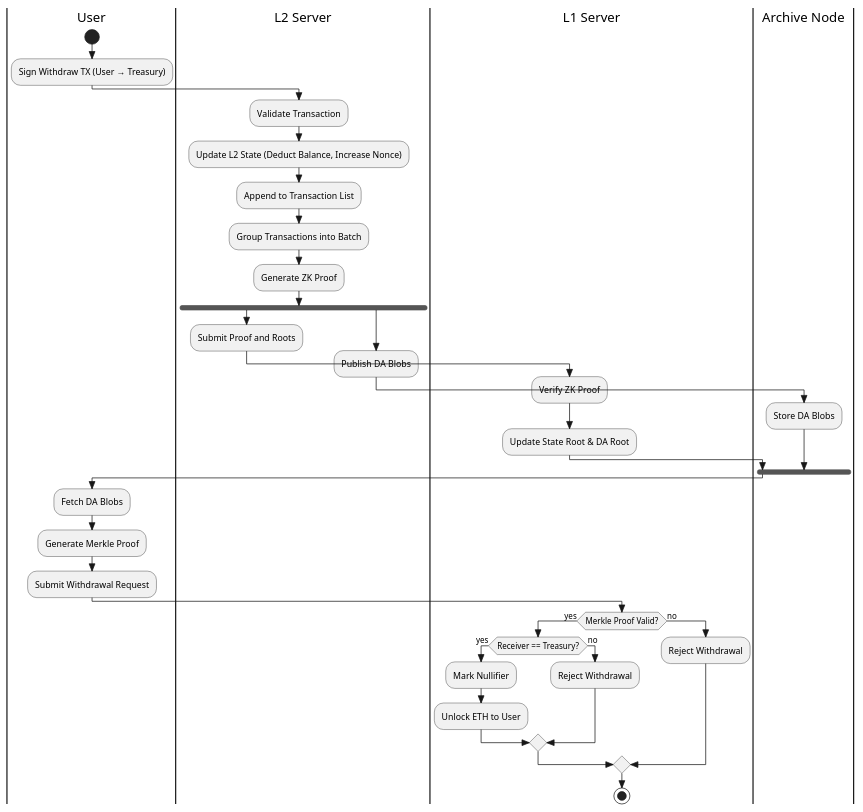
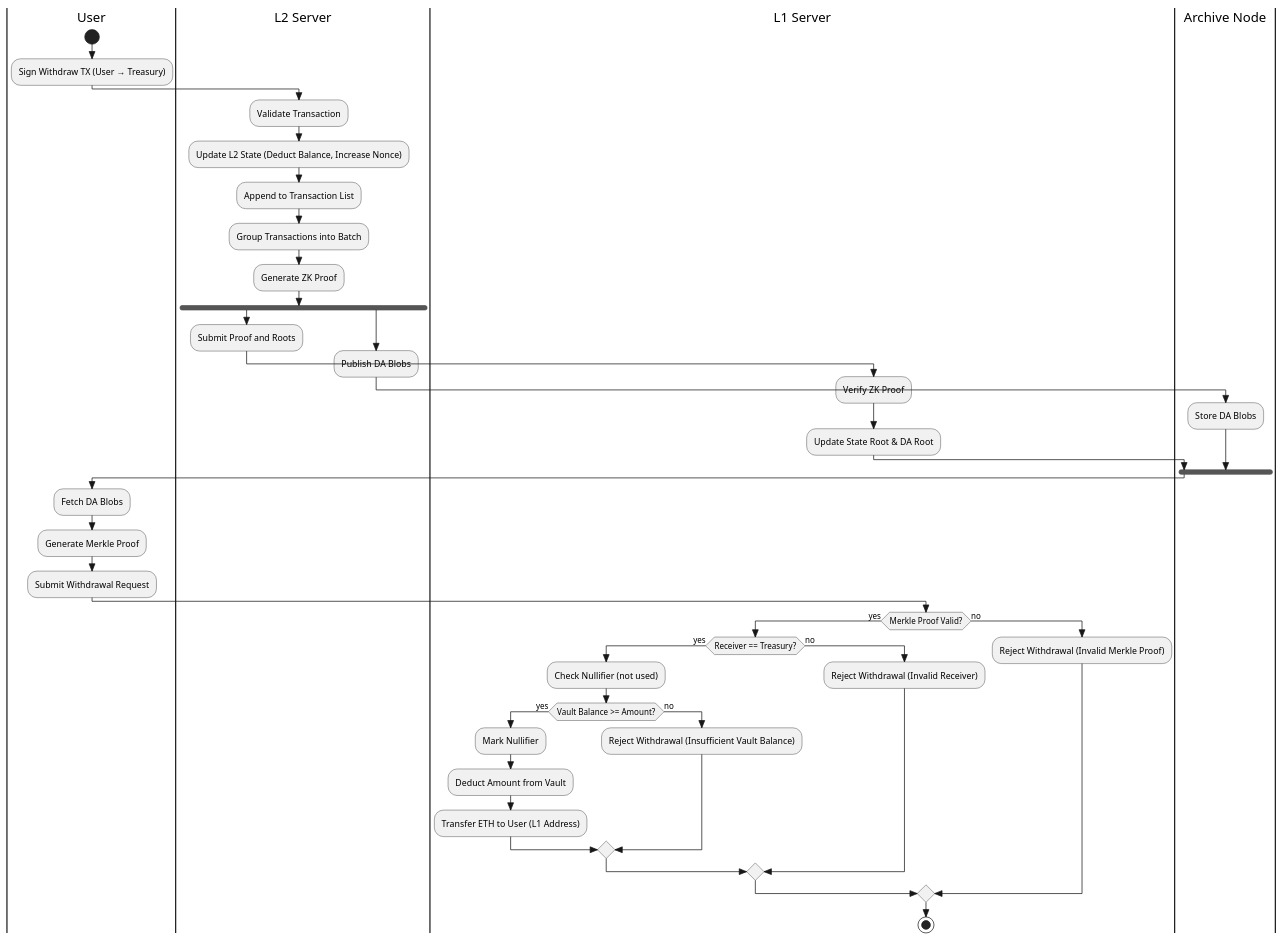
One commit to Mtdung290504/ZK-rollup-simulation changed the diagram in .des/activity/withdraw.wsd. Above: the diagram before and after it, drawn with PlantUML. The commit also changed 5 other files, not shown here.

Commit message:
- Modifying the sequencer mechanism: using Dense Merkle Tree. - Detailed design diagrams.

```diff
--- a/.des/activity/withdraw.wsd
+++ b/.des/activity/withdraw.wsd
@@ -1,48 +1,59 @@
 @startuml "Withdraw Flow (L2 -> L1)"
 skinparam style strictuml
 
 |User|
 start
 :Sign Withdraw TX (User → Treasury);
 
 |L2 Server|
 :Validate Transaction;
 :Update L2 State (Deduct Balance, Increase Nonce);
 :Append to Transaction List;
 
 |L2 Server|
 :Group Transactions into Batch;
 :Generate ZK Proof;
 
 fork
   |L2 Server|
   :Submit Proof and Roots;
   |L1 Server|
   :Verify ZK Proof;
   :Update State Root & DA Root;
 fork again
   |L2 Server|
   :Publish DA Blobs;
   |Archive Node|
   :Store DA Blobs;
 end fork
 
 |User|
 :Fetch DA Blobs;
 :Generate Merkle Proof;
 :Submit Withdrawal Request;
 
 |L1 Server|
 if (Merkle Proof Valid?) then (yes)
+
   if (Receiver == Treasury?) then (yes)
-    :Mark Nullifier;
-    :Unlock ETH to User;
+
+    :Check Nullifier (not used);
+
+    if (Vault Balance >= Amount?) then (yes)
+      :Mark Nullifier;
+      :Deduct Amount from Vault;
+      :Transfer ETH to User (L1 Address);
+    else (no)
+      :Reject Withdrawal (Insufficient Vault Balance);
+    endif
+
   else (no)
-    :Reject Withdrawal;
+    :Reject Withdrawal (Invalid Receiver);
   endif
+
 else (no)
-  :Reject Withdrawal;
+  :Reject Withdrawal (Invalid Merkle Proof);
 endif
 
 stop
 @enduml
```
